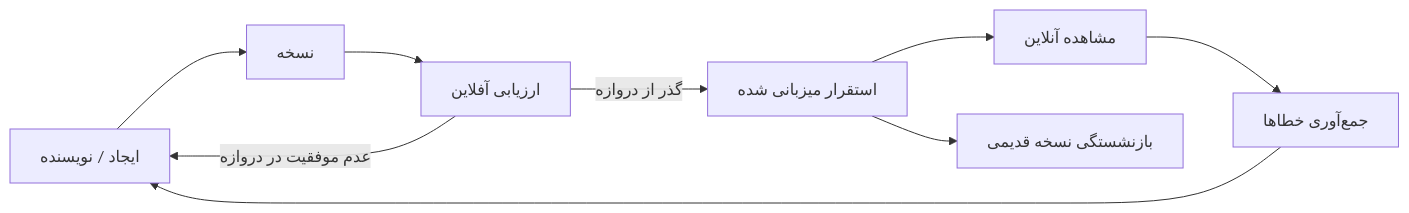
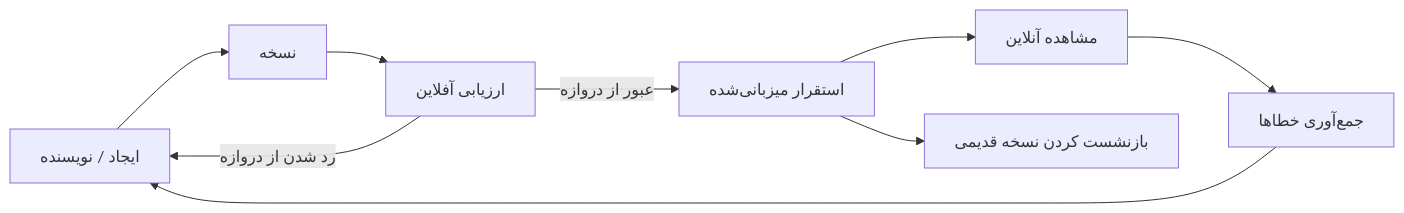
One commit to gabrielmoreira/agent-skills-mirror changed the second of 4 diagrams in mirrors/repos/microsoft@ai-agents-for-beginners/translations/fa/16-deploying-scalable-agents/README.md. Above: the diagram before and after it, drawn with Mermaid. The commit also changed other lines of this file and 4262 other files, not shown here.

````diff
--- a/mirrors/repos/microsoft@ai-agents-for-beginners/translations/fa/16-deploying-scalable-agents/README.md
+++ b/mirrors/repos/microsoft@ai-agents-for-beginners/translations/fa/16-deploying-scalable-agents/README.md
@@ -108,11 +108,11 @@
 ```mermaid
 flowchart LR
     Create[ایجاد / نویسنده] --> Version[نسخه]
     Version --> Evaluate[ارزیابی آفلاین]
-    Evaluate -->|گذر از دروازه| Deploy[استقرار میزبانی شده]
-    Evaluate -->|عدم موفقیت در دروازه| Create
+    Evaluate -->|عبور از دروازه| Deploy[استقرار میزبانی‌شده]
+    Evaluate -->|رد شدن از دروازه| Create
     Deploy --> Observe[مشاهده آنلاین]
     Observe --> Improve[جمع‌آوری خطاها]
     Improve --> Create
-    Deploy --> Retire[بازنشستگی نسخه قدیمی]
+    Deploy --> Retire[بازنشست کردن نسخه قدیمی]
 ```
````
